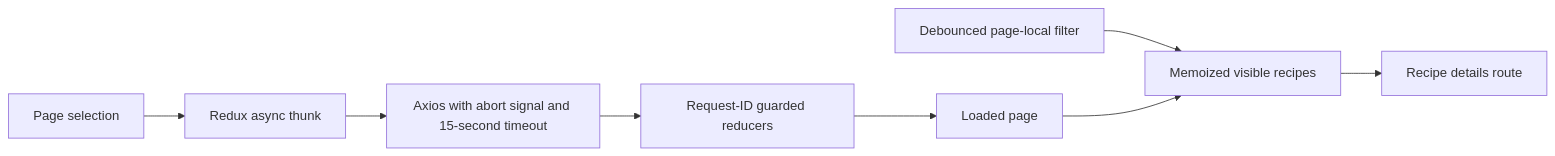
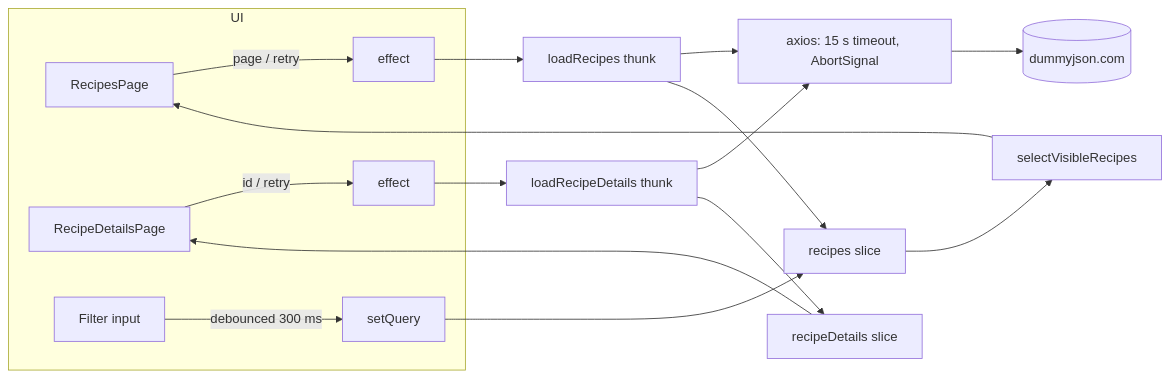
Before and after one commit to alirazawatoo/recipe-explorer-app: the diagram in README.md, drawn with Mermaid. The commit also changed other lines of this file and 6 other files, not shown here.

````diff
--- a/README.md
+++ b/README.md
@@ -32,10 +59,18 @@
 ```mermaid
 flowchart LR
-  P[Page selection] --> T[Redux async thunk]
-  T --> A[Axios with abort signal and 15-second timeout]
-  A --> I[Request-ID guarded reducers]
-  I --> L[Loaded page]
-  Q[Debounced page-local filter] --> V[Memoized visible recipes]
-  L --> V
-  V --> D[Recipe details route]
+  subgraph UI
+    RP[RecipesPage] -->|page / retry| E1[effect]
+    DP[RecipeDetailsPage] -->|id / retry| E2[effect]
+    F[Filter input] -->|debounced 300 ms| Q[setQuery]
+  end
+  E1 --> T1[loadRecipes thunk]
+  E2 --> T2[loadRecipeDetails thunk]
+  T1 & T2 --> A[axios: 15 s timeout, AbortSignal]
+  A --> D[(dummyjson.com)]
+  T1 --> S1[recipes slice]
+  T2 --> S2[recipeDetails slice]
+  Q --> S1
+  S1 --> V[selectVisibleRecipes]
+  V --> RP
+  S2 --> DP
 ```
````
